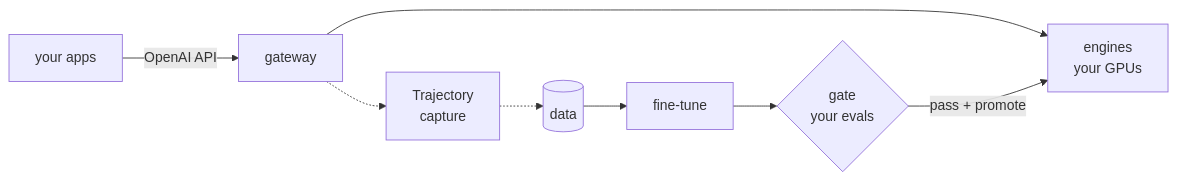
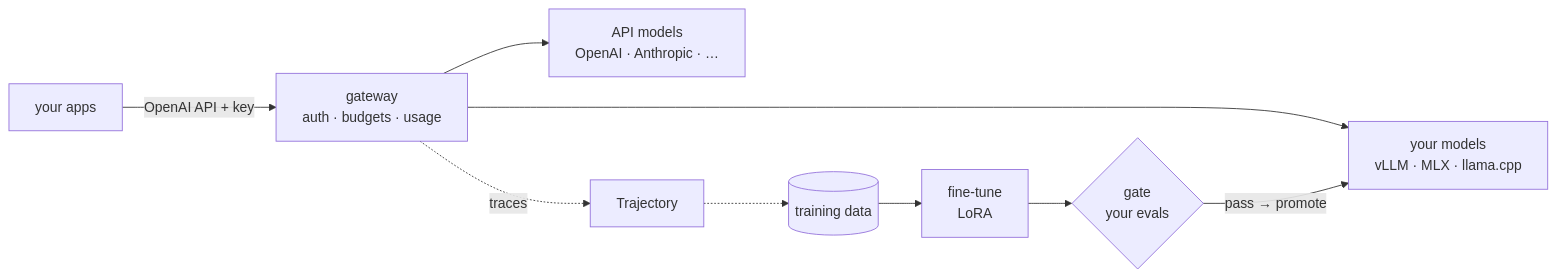
One commit to KatyarAILabs/Ookami changed the diagram in README.md. Above: the diagram before and after it, drawn with Mermaid. The commit also changed other lines of this file and 6 other files, not shown here.

````diff
--- a/README.md
+++ b/README.md
@@ -47,9 +85,10 @@
 ```mermaid
 flowchart LR
-    app["your apps"] -->|"OpenAI API"| gw["gateway"]
-    gw --> eng["engines<br/>your GPUs"]
-    gw -.-> traj["Trajectory<br/>capture"]
-    traj -.-> data[("data")]
-    data --> train["fine-tune"] --> gate{"gate<br/>your evals"}
-    gate -->|"pass + promote"| eng
+    app["your apps"] -->|"OpenAI API + key"| gw["gateway<br/>auth · budgets · usage"]
+    gw --> eng["your models<br/>vLLM · MLX · llama.cpp"]
+    gw --> api["API models<br/>OpenAI · Anthropic · …"]
+    gw -.->|"traces"| traj["Trajectory"]
+    traj -.-> data[("training data")]
+    data --> train["fine-tune<br/>LoRA"] --> gate{"gate<br/>your evals"}
+    gate -->|"pass → promote"| eng
 ```
````
